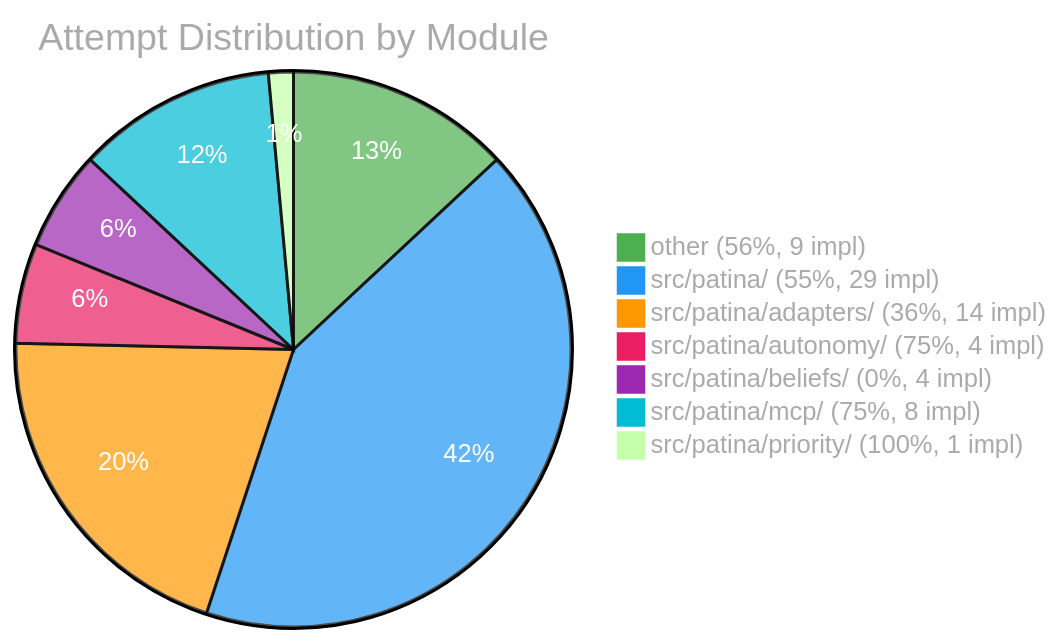
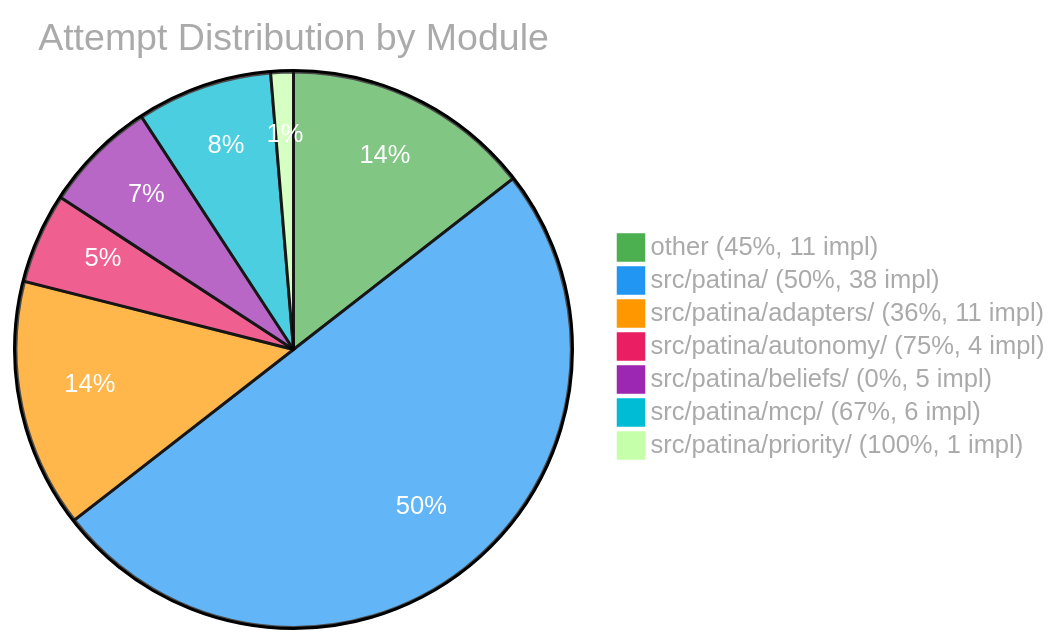
Before and after one commit to Sanctum-Origo-Systems/patina: the third of 3 diagrams in EVAL.md, drawn with Mermaid. The commit also changed other lines of this file and 1 other file, not shown here.

````diff
--- a/EVAL.md
+++ b/EVAL.md
@@ -73,11 +74,11 @@
 ```mermaid
 %%{init: {'theme': 'base', 'themeVariables': {'pie1': '#4CAF50', 'pie2': '#2196F3', 'pie3': '#FF9800', 'pie4': '#E91E63', 'pie5': '#9C27B0', 'pie6': '#00BCD4', 'pieTitleTextColor': '#aaa', 'pieLegendTextColor': '#aaa', 'pieSectionTextColor': '#fff'}}}%%
 pie title Attempt Distribution by Module
-    "other (56%, 9 impl)" : 9
-    "src/patina/ (55%, 29 impl)" : 29
-    "src/patina/adapters/ (36%, 14 impl)" : 14
+    "other (45%, 11 impl)" : 11
+    "src/patina/ (50%, 38 impl)" : 38
+    "src/patina/adapters/ (36%, 11 impl)" : 11
     "src/patina/autonomy/ (75%, 4 impl)" : 4
-    "src/patina/beliefs/ (0%, 4 impl)" : 4
-    "src/patina/mcp/ (75%, 8 impl)" : 8
+    "src/patina/beliefs/ (0%, 5 impl)" : 5
+    "src/patina/mcp/ (67%, 6 impl)" : 6
     "src/patina/priority/ (100%, 1 impl)" : 1
 ```
````
